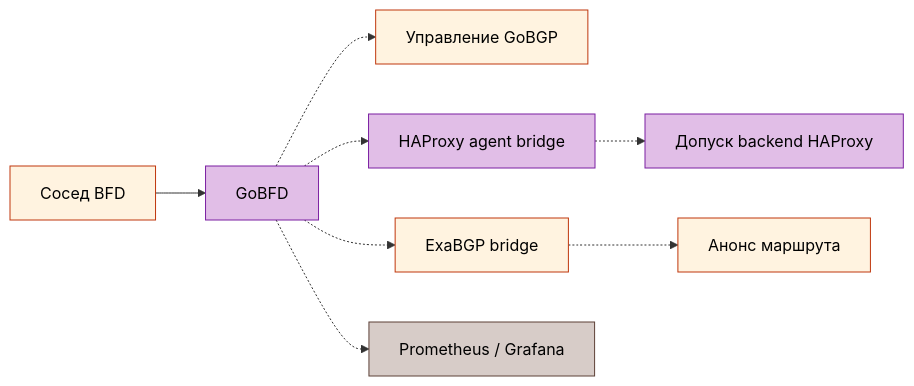
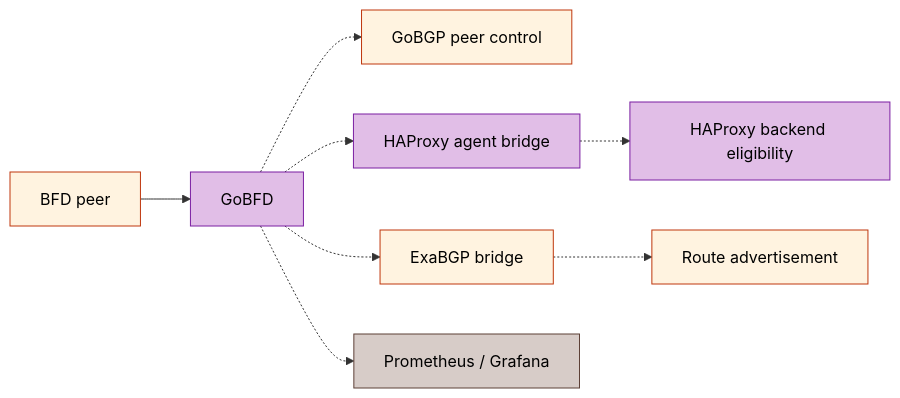
Before and after one commit to dantte-lp/gobfd: the diagram in docs/ru/11-integrations.md, drawn with Mermaid. The commit also changed other lines of this file and 52 other files, not shown here.

````diff
--- a/docs/ru/11-integrations.md
+++ b/docs/ru/11-integrations.md
@@ -5,13 +5,13 @@
 ```mermaid
 flowchart LR
-  peer["Сосед BFD"]:::brt --> daemon["GoBFD"]:::srv
-  daemon -.-> bgp["Управление GoBGP"]:::brt
+  peer["BFD peer"]:::brt --> daemon["GoBFD"]:::srv
+  daemon -.-> bgp["GoBGP peer control"]:::brt
   daemon -.-> agent["HAProxy agent bridge"]:::srv
   daemon -.-> exa["ExaBGP bridge"]:::brt
   daemon -.-> obs["Prometheus / Grafana"]:::mgt
-  agent -.-> hap["Допуск backend HAProxy"]:::srv
-  exa -.-> rib["Анонс маршрута"]:::brt
+  agent -.-> hap["HAProxy backend eligibility"]:::srv
+  exa -.-> rib["Route advertisement"]:::brt
   classDef srv fill:#e1bee7,stroke:#7b1fa2,color:#000
   classDef mgt fill:#d7ccc8,stroke:#5d4037,color:#000
   classDef brt fill:#fff3e0,stroke:#bf360c,color:#000
 ```
````
